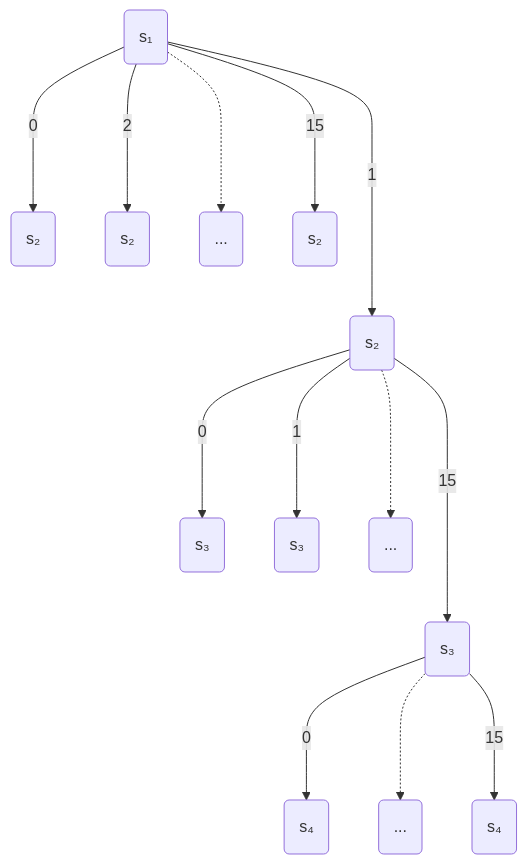
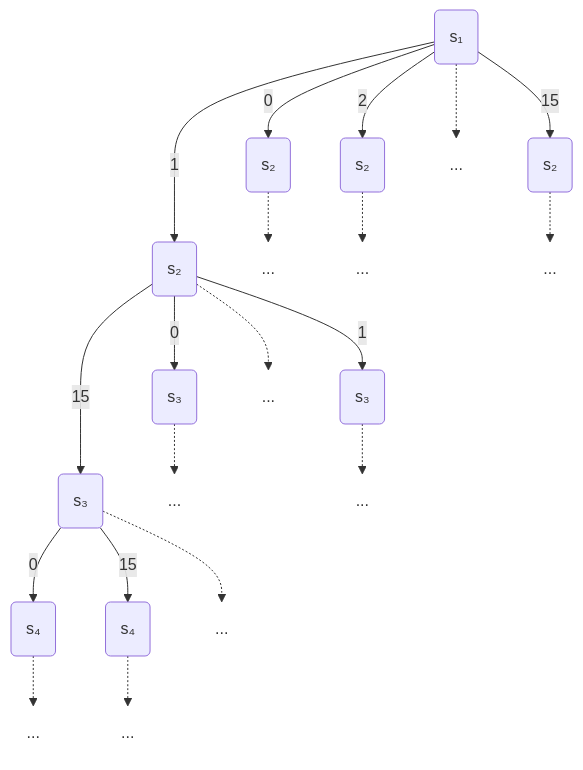
Before and after one commit to Tsumiiiiiiii/Tsumiiiiiiii.github.io: the diagram in content/posts/dice24/dice24_rps_casino.md, drawn with Mermaid.

```diff
--- a/content/posts/dice24/dice24_rps_casino.md
+++ b/content/posts/dice24/dice24_rps_casino.md
@@ -254,15 +254,23 @@
 {{< mermaid >}}
 flowchart TD;
-  A("s₁") --->|0| B("s₂")
-  A ---->|1| C("s₂")
-  A --->|2| D("s₂")
-  A -..->  SK1(...)
-  A --->|15| F("s₂")
-  C ---> |0| G("s₃")
-  C ---> |1| H("s₃")
-  C -..->  SK2(...)
-  C ----> |15| I("s₃")
-  I ---> |0| J("s₄")
-  I -..-> SK3(...)
-  I ---> |15| K("s₄")
+  A("s₁") -->|0| B("s₂")
+  A --->|1| C("s₂")
+  A -->|2| D("s₂")
+  A -->|15| F("s₂")
+  C --> |0| G("s₃")
+  C --> |1| H("s₃")
+  C ---> |15| I("s₃")
+  I --> |0| J("s₄")
+  I --> |15| K("s₄")
+  B -.->  SK4(...):::skip
+  D -.->  SK5(...):::skip
+  A -.->  SK1(...):::skip
+  F -.->  SK6(...):::skip
+  G -.->  SK7(...):::skip
+  H -.->  SK8(...):::skip
+  C -.->  SK2(...):::skip
+  J -.->  SK9(...):::skip
+  I -.-> SK3(...):::skip
+  K -.->  SK10(...):::skip
+   classDef skip fill:transparent, stroke-width:0px
 {{< /mermaid >}}
```
